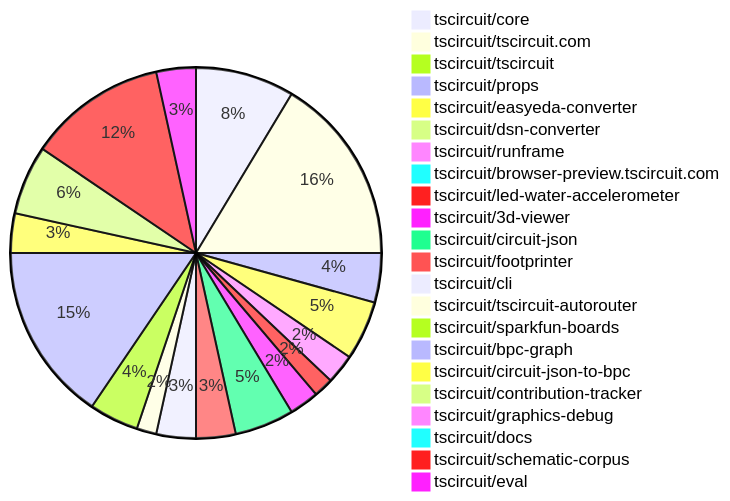
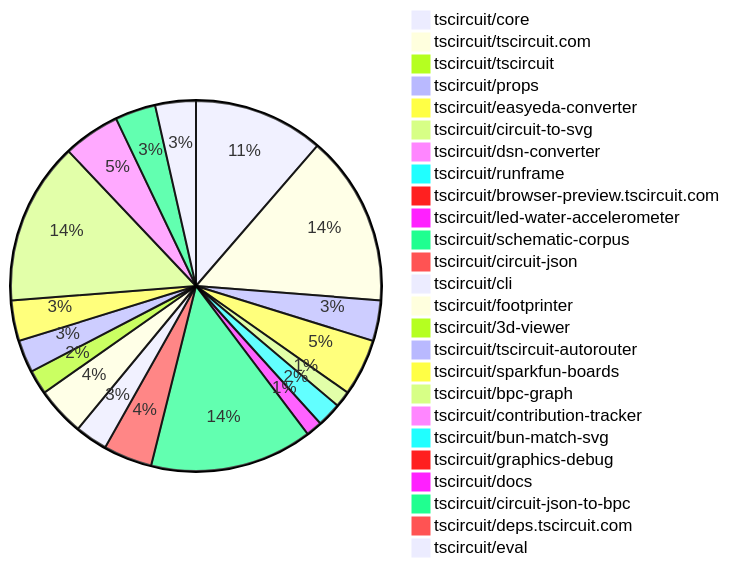
The first of 2 diagrams in README.md (tscircuit/contribution-tracker), drawn with Mermaid before and after one commit. The commit also changed other lines of this file and 3 other files, not shown here.

````diff
--- a/README.md
+++ b/README.md
@@ -29,25 +29,28 @@
 ```mermaid
 pie
-    "tscircuit/core" : 10
-    "tscircuit/tscircuit.com" : 19
+    "tscircuit/core" : 16
+    "tscircuit/tscircuit.com" : 21
     "tscircuit/tscircuit" : 1
     "tscircuit/props" : 5
-    "tscircuit/easyeda-converter" : 6
+    "tscircuit/easyeda-converter" : 7
+    "tscircuit/circuit-to-svg" : 2
     "tscircuit/dsn-converter" : 1
     "tscircuit/runframe" : 3
     "tscircuit/browser-preview.tscircuit.com" : 1
     "tscircuit/led-water-accelerometer" : 2
+    "tscircuit/schematic-corpus" : 20
+    "tscircuit/circuit-json" : 6
+    "tscircuit/cli" : 4
+    "tscircuit/footprinter" : 6
     "tscircuit/3d-viewer" : 3
-    "tscircuit/circuit-json" : 6
-    "tscircuit/footprinter" : 4
-    "tscircuit/cli" : 4
-    "tscircuit/tscircuit-autorouter" : 2
+    "tscircuit/tscircuit-autorouter" : 4
     "tscircuit/sparkfun-boards" : 5
-    "tscircuit/bpc-graph" : 18
-    "tscircuit/circuit-json-to-bpc" : 4
+    "tscircuit/bpc-graph" : 20
     "tscircuit/contribution-tracker" : 7
+    "tscircuit/bun-match-svg" : 1
     "tscircuit/graphics-debug" : 1
     "tscircuit/docs" : 1
-    "tscircuit/schematic-corpus" : 14
-    "tscircuit/eval" : 4
+    "tscircuit/circuit-json-to-bpc" : 5
+    "tscircuit/deps.tscircuit.com" : 1
+    "tscircuit/eval" : 5
 ```
````
